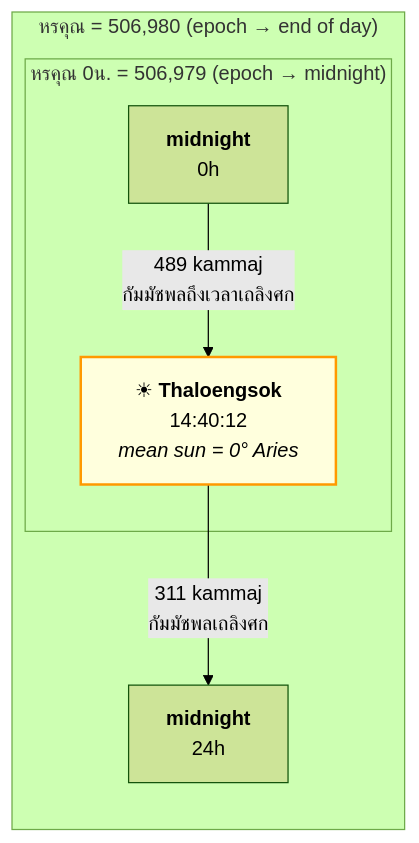
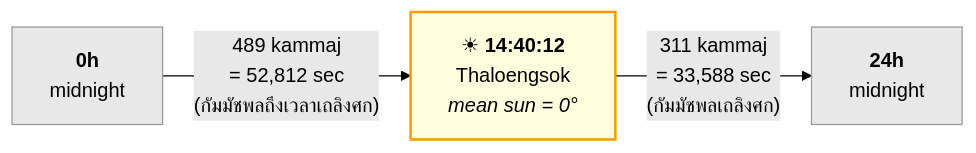
The first of 4 diagrams in README.md (kengggg/suriyayatra), drawn with Mermaid (forest theme) before and after one commit. The commit also changed other lines of this file, not shown here.

First line of the commit message:
Add separate horizontal block diagrams for Thaloengsok and Maha Songkran

````diff
--- a/README.md
+++ b/README.md
@@ -140,11 +142,9 @@
 ```mermaid
 graph LR
-    subgraph HK["หรคุณ = 506,980 (epoch → end of day)"]
-        subgraph HK0["หรคุณ 0น. = 506,979 (epoch → midnight)"]
-            M1["<b>midnight</b><br/>0h"] -->|"489 kammaj<br/>กัมมัชพลถึงเวลาเถลิงศก"| TS["☀ <b>Thaloengsok</b><br/>14:40:12<br/><i>mean sun = 0° Aries</i>"]
-        end
-        TS -->|"311 kammaj<br/>กัมมัชพลเถลิงศก"| M2["<b>midnight</b><br/>24h"]
-    end
+    A["<b>0h</b><br/>midnight"] -->|"489 kammaj<br/>= 52,812 sec<br/>(กัมมัชพลถึงเวลาเถลิงศก)"| B["☀ <b>14:40:12</b><br/>Thaloengsok<br/><i>mean sun = 0°</i>"]
+    B -->|"311 kammaj<br/>= 33,588 sec<br/>(กัมมัชพลเถลิงศก)"| C["<b>24h</b><br/>midnight"]
 
-    style TS fill:#ffd,stroke:#f90,stroke-width:2px
+    style A fill:#e8e8e8,stroke:#999
+    style B fill:#ffd,stroke:#f90,stroke-width:2px
+    style C fill:#e8e8e8,stroke:#999
 ```
````
